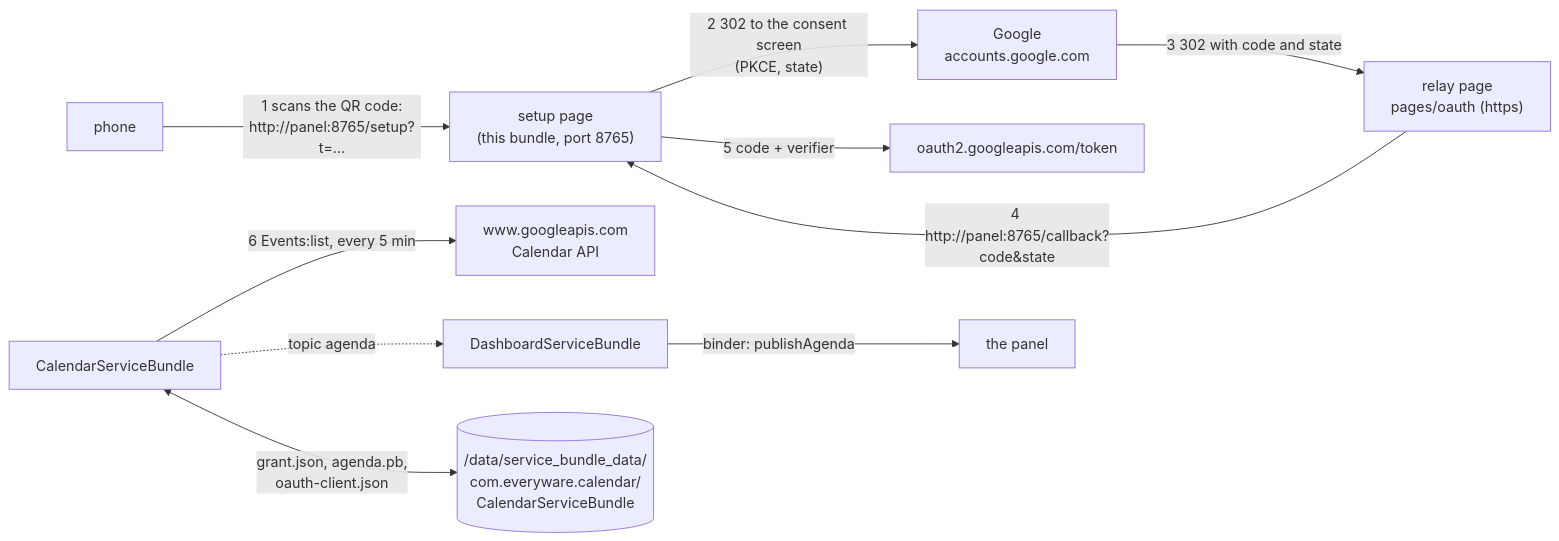
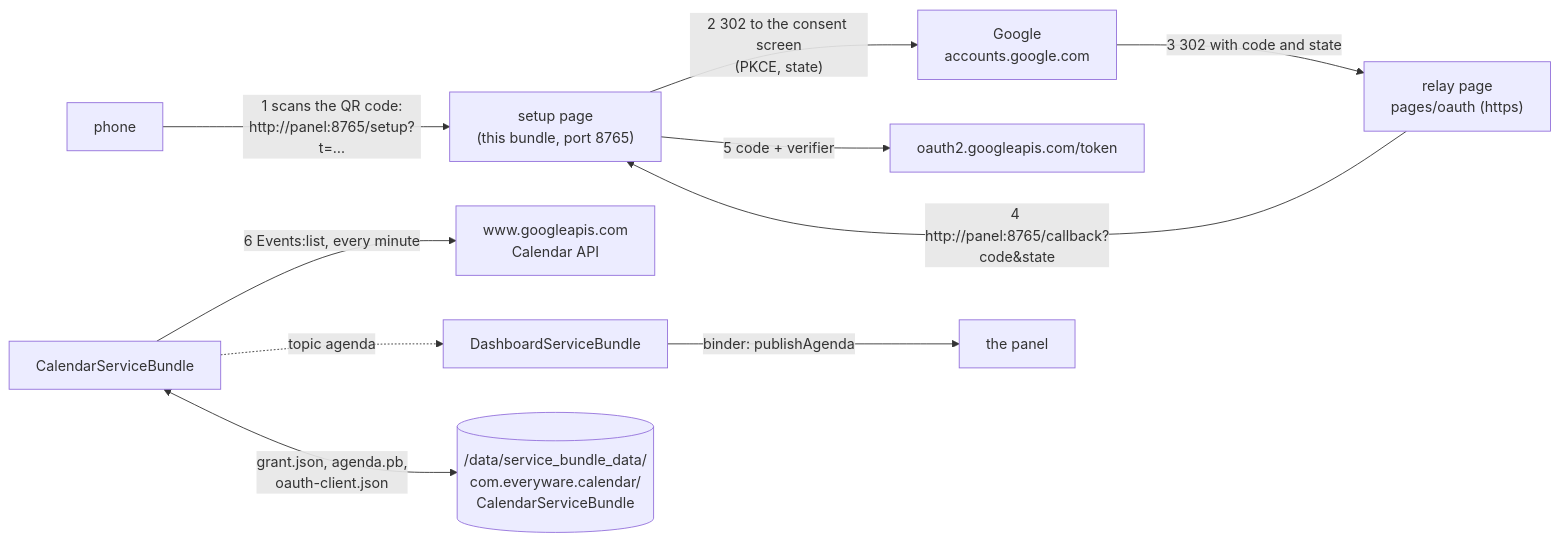
The diagram in bundles/calendar/README.md (sdv-everyware/everyware), drawn with Mermaid before and after one commit. The commit also changed other lines of this file and 3 other files, not shown here.

First line of the commit message:
calendar: a read every minute; the setup URL in a 0600 file

````diff
--- a/bundles/calendar/README.md
+++ b/bundles/calendar/README.md
@@ -24,12 +24,12 @@
 ```mermaid
 flowchart LR
     PH["phone"] -- "1 scans the QR code:<br/>http://panel:8765/setup?t=…" --> SP
     SP["setup page<br/>(this bundle, port 8765)"] -- "2 302 to the consent screen<br/>(PKCE, state)" --> G["Google<br/>accounts.google.com"]
     G -- "3 302 with code and state" --> RP["relay page<br/>pages/oauth (https)"]
     RP -- "4 http://panel:8765/callback?code&state" --> SP
     SP -- "5 code + verifier" --> T["oauth2.googleapis.com/token"]
-    CB["CalendarServiceBundle"] -- "6 Events:list, every 5 min" --> API["www.googleapis.com<br/>Calendar API"]
+    CB["CalendarServiceBundle"] -- "6 Events:list, every minute" --> API["www.googleapis.com<br/>Calendar API"]
     CB -. "topic agenda" .-> DB["DashboardServiceBundle"]
     DB -- "binder: publishAgenda" --> APP["the panel"]
     CB <-- "grant.json, agenda.pb,<br/>oauth-client.json" --> ST[("/data/service_bundle_data/<br/>com.everyware.calendar/<br/>CalendarServiceBundle")]
 ```
````
